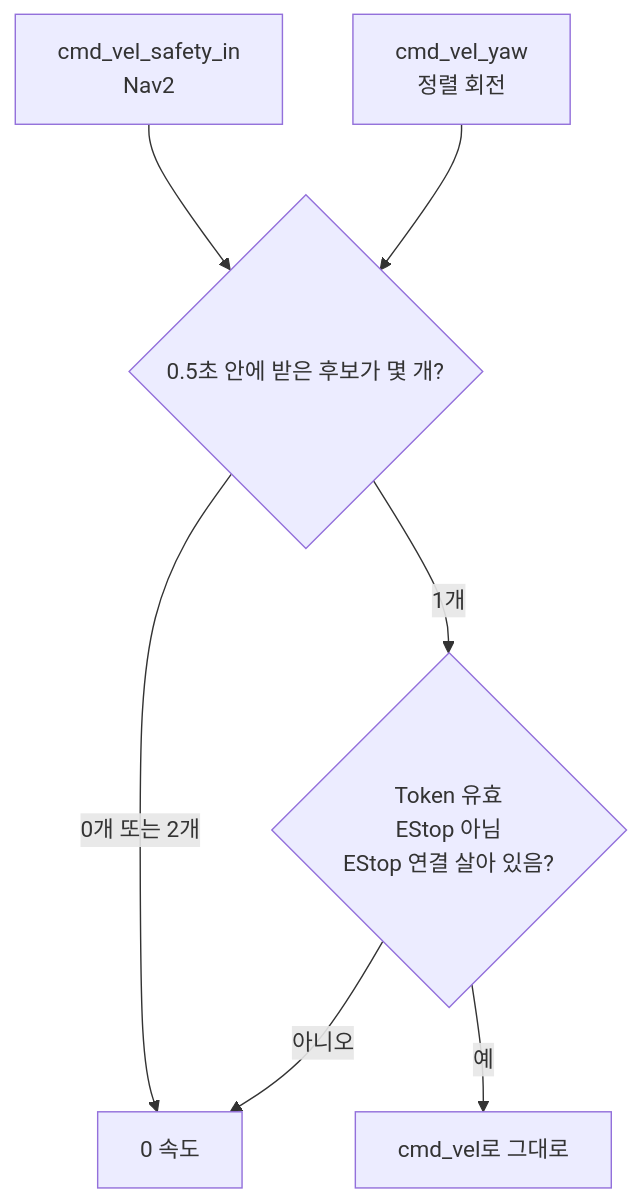
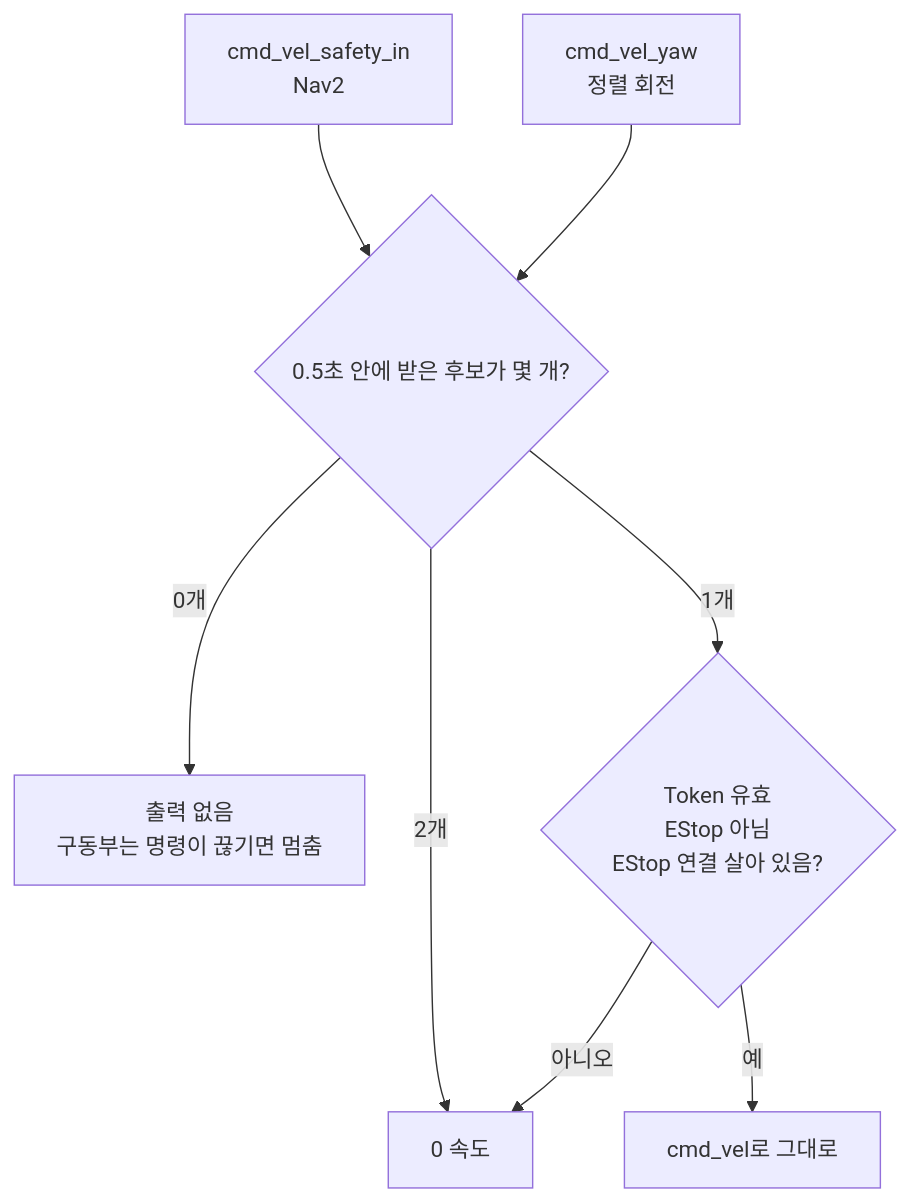
Before and after one commit to abyssGo/AMR-patrol-system: the third of 4 diagrams in docs/amr.md, drawn with Mermaid. The commit also changed 20 other files, not shown here.

````diff
--- a/docs/amr.md
+++ b/docs/amr.md
@@ -140,9 +140,10 @@
 ```mermaid
 flowchart TD
     N[cmd_vel_safety_in<br/>Nav2] --> A{0.5초 안에 받은 후보가 몇 개?}
     Y[cmd_vel_yaw<br/>정렬 회전] --> A
-    A -->|0개 또는 2개| Z[0 속도]
+    A -->|0개| X[출력 없음<br/>구동부는 명령이 끊기면 멈춤]
+    A -->|2개| Z[0 속도]
     A -->|1개| G{Token 유효<br/>EStop 아님<br/>EStop 연결 살아 있음?}
     G -->|아니오| Z
     G -->|예| O[cmd_vel로 그대로]
 ```
````
